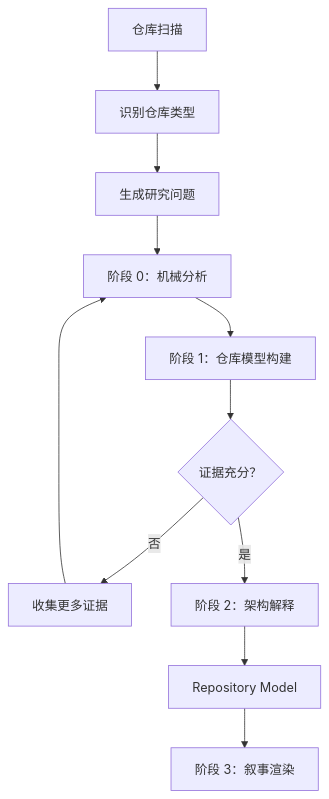
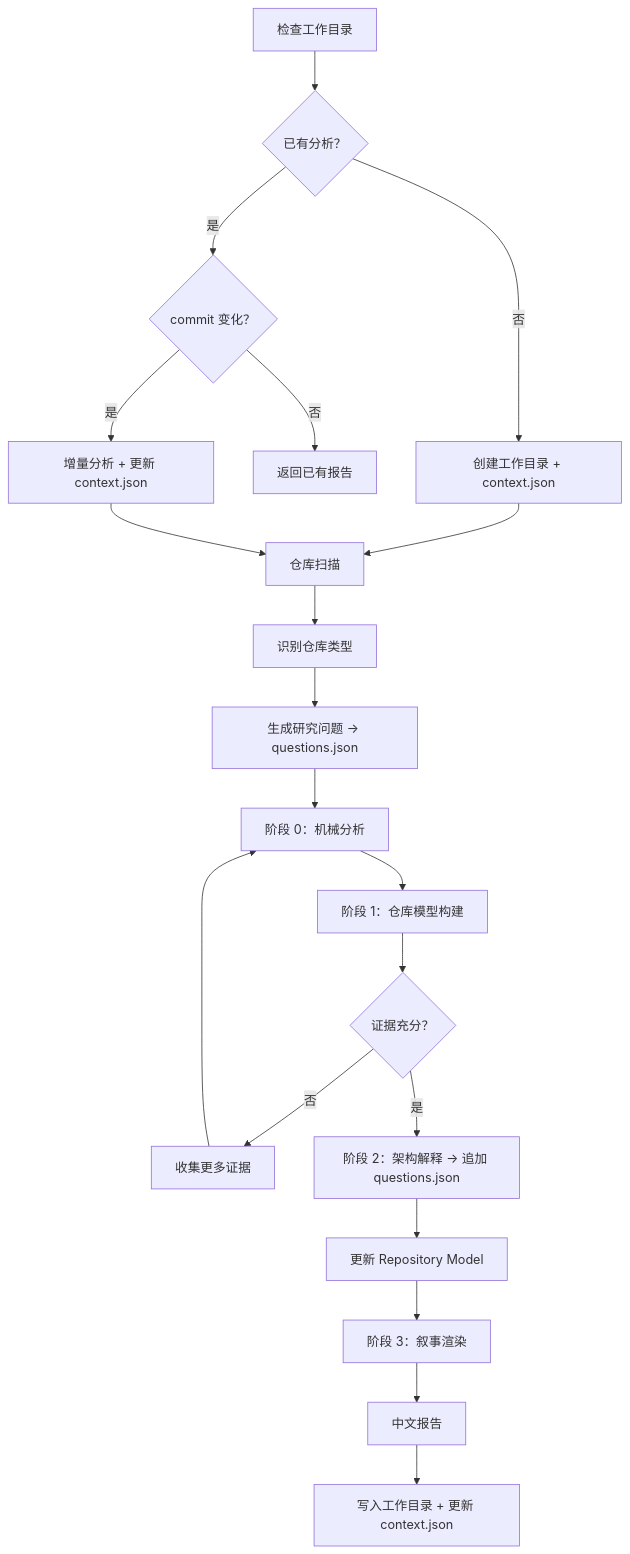
Before and after one commit to devweekly/devweekly.github.io: the second of 2 diagrams in .trae/skills/repo-research-v2/methodology.md, drawn with Mermaid. The commit also changed other lines of this file and 1 other file, not shown here.

````diff
--- a/.trae/skills/repo-research-v2/methodology.md
+++ b/.trae/skills/repo-research-v2/methodology.md
@@ -85,13 +85,22 @@
 ```mermaid
 flowchart TD
-    A[仓库扫描] --> B[识别仓库类型]
-    B --> C[生成研究问题]
-    C --> D[阶段 0：机械分析]
-    D --> E[阶段 1：仓库模型构建]
-    E --> F{证据充分？}
-    F -- 否 --> G[收集更多证据]
-    G --> D
-    F -- 是 --> H[阶段 2：架构解释]
-    H --> I[Repository Model]
-    I --> J[阶段 3：叙事渲染]
+    A[检查工作目录] --> B{已有分析？}
+    B -- 否 --> C[创建工作目录 + context.json]
+    B -- 是 --> D{commit 变化？}
+    D -- 否 --> E[返回已有报告]
+    D -- 是 --> F[增量分析 + 更新 context.json]
+    C --> G[仓库扫描]
+    F --> G
+    G --> H[识别仓库类型]
+    H --> I[生成研究问题 → questions.json]
+    I --> J[阶段 0：机械分析]
+    J --> K[阶段 1：仓库模型构建]
+    K --> L{证据充分？}
+    L -- 否 --> M[收集更多证据]
+    M --> J
+    L -- 是 --> N[阶段 2：架构解释 → 追加 questions.json]
+    N --> O[更新 Repository Model]
+    O --> P[阶段 3：叙事渲染]
+    P --> Q[中文报告]
+    Q --> R[写入工作目录 + 更新 context.json]
 ```
````
